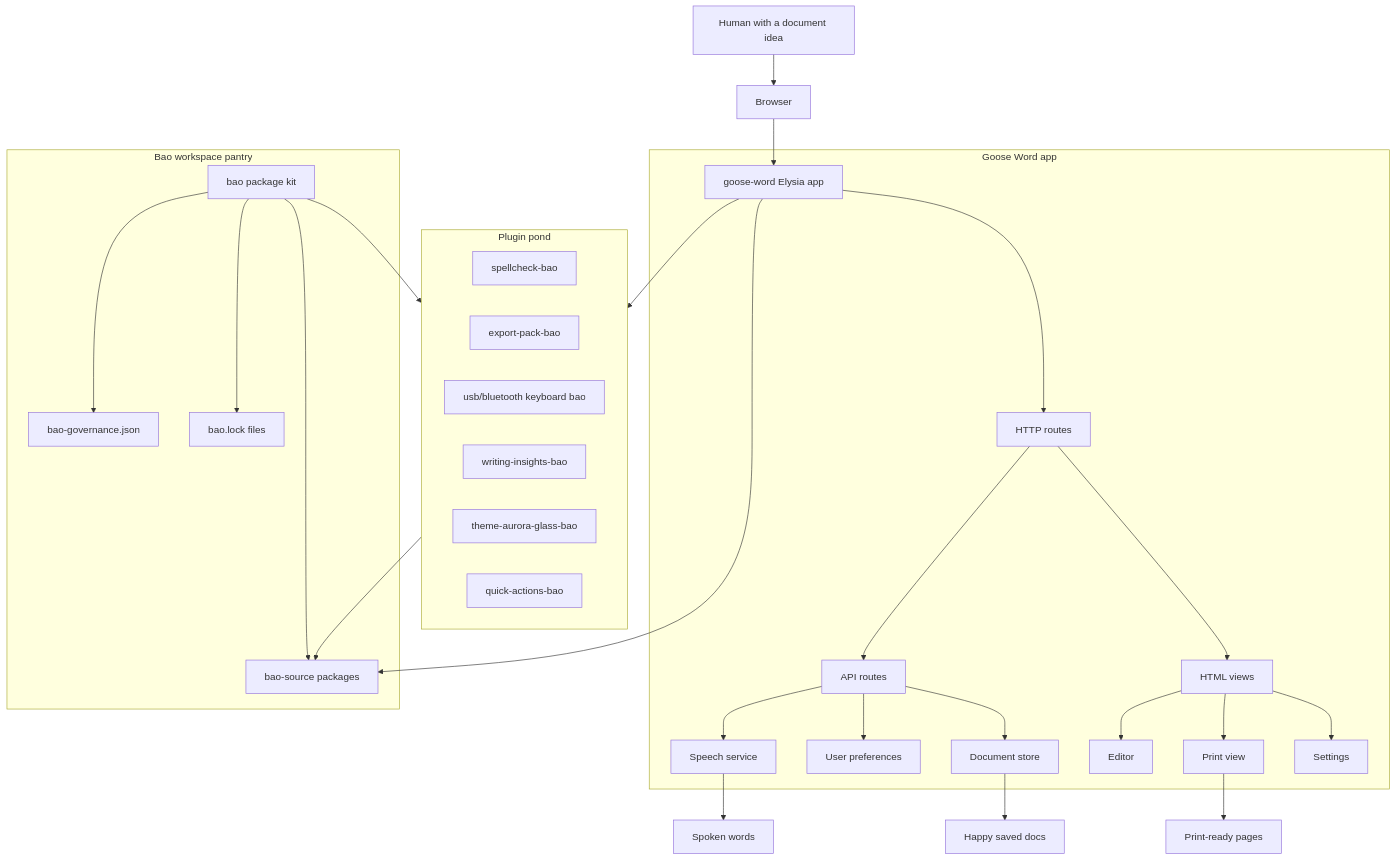
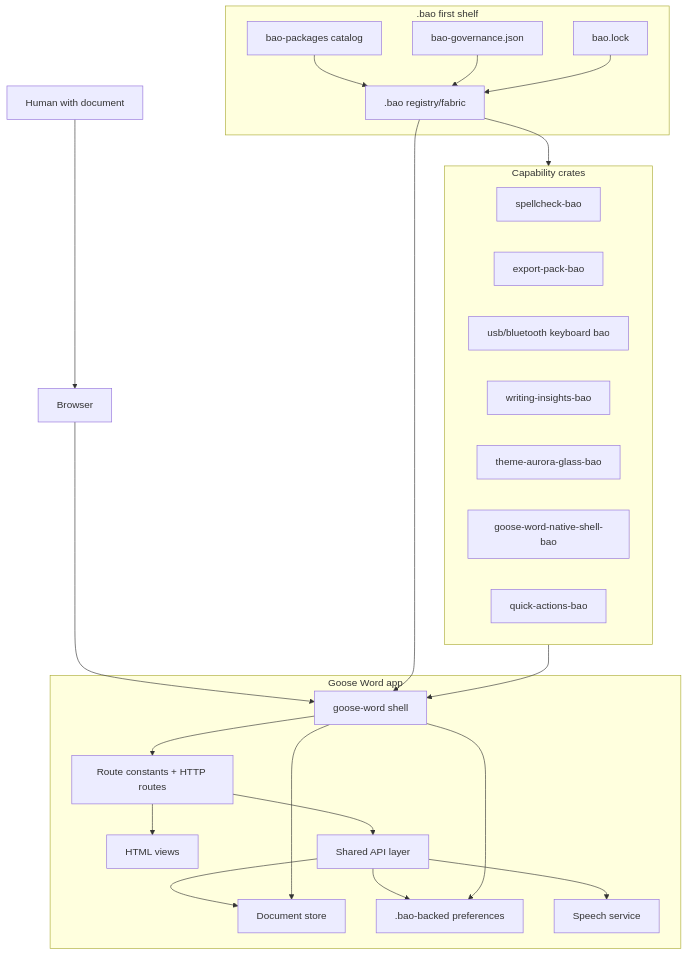
One commit to d4551/docduckgoose changed the first of 4 diagrams in README.md. Above: the diagram before and after it, drawn with Mermaid. The commit also changed other lines of this file and 295 other files, not shown here.

````diff
--- a/README.md
+++ b/README.md
@@ -53,45 +55,40 @@
 ```mermaid
 flowchart TB
-  human["Human with a document idea"] --> browser["Browser"]
-  browser --> app["goose-word Elysia app"]
+  human["Human with document"] --> browser["Browser"]
+  browser --> shell["goose-word shell"]
+
+  subgraph baoFirst[".bao first shelf"]
+    catalog["bao-packages catalog"]
+    governance["bao-governance.json"]
+    locks["bao.lock"]
+    registry[".bao registry/fabric"]
+  end
 
   subgraph appLayer["Goose Word app"]
-    app --> routes["HTTP routes"]
+    shell --> routes["Route constants + HTTP routes"]
     routes --> views["HTML views"]
-    routes --> api["API routes"]
+    routes --> api["Shared API layer"]
     api --> docs["Document store"]
-    api --> prefs["User preferences"]
+    api --> prefs[".bao-backed preferences"]
     api --> speech["Speech service"]
-    views --> editor["Editor"]
-    views --> print["Print view"]
-    views --> settings["Settings"]
   end
 
-  subgraph pluginPond["Plugin pond"]
+  subgraph capabilityCrates["Capability crates"]
     spell["spellcheck-bao"]
     exportPack["export-pack-bao"]
     keyboard["usb/bluetooth keyboard bao"]
     insights["writing-insights-bao"]
     theme["theme-aurora-glass-bao"]
+    native["goose-word-native-shell-bao"]
     actions["quick-actions-bao"]
   end
 
-  subgraph baoPantry["Bao workspace pantry"]
-    kit["bao package kit"]
-    source["bao-source packages"]
-    governance["bao-governance.json"]
-    locks["bao.lock files"]
-  end
-
-  app --> pluginPond
-  app --> source
-  pluginPond --> source
-  kit --> governance
-  kit --> locks
-  kit --> pluginPond
-  kit --> source
-
-  docs --> output["Happy saved docs"]
-  print --> paper["Print-ready pages"]
-  speech --> voice["Spoken words"]
+  catalog --> registry
+  governance --> registry
+  locks --> registry
+  registry --> shell
+  registry --> capabilityCrates
+  capabilityCrates --> shell
+  shell --> docs
+  shell --> prefs
 ```
````
